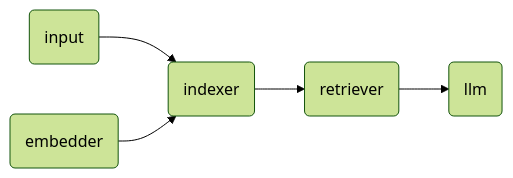
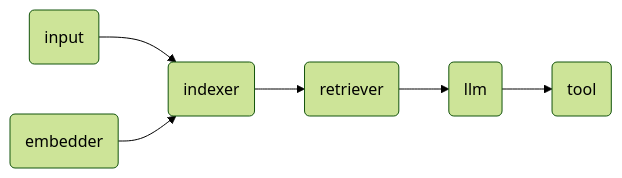
Before and after one commit to GodBlf/Class: the diagram in Golang/LLM/eino/eino.md, drawn with Mermaid (forest theme). The commit also changed other lines of this file, not shown here.

````diff
--- a/Golang/LLM/eino/eino.md
+++ b/Golang/LLM/eino/eino.md
@@ -11,7 +11,8 @@
 ```mermaid
 graph LR
 A(input)-->B(indexer)
 B-->C(retriever)
 C-->D(llm)
 E(embedder)-->B
+D-->F(tool)
 ```
````
